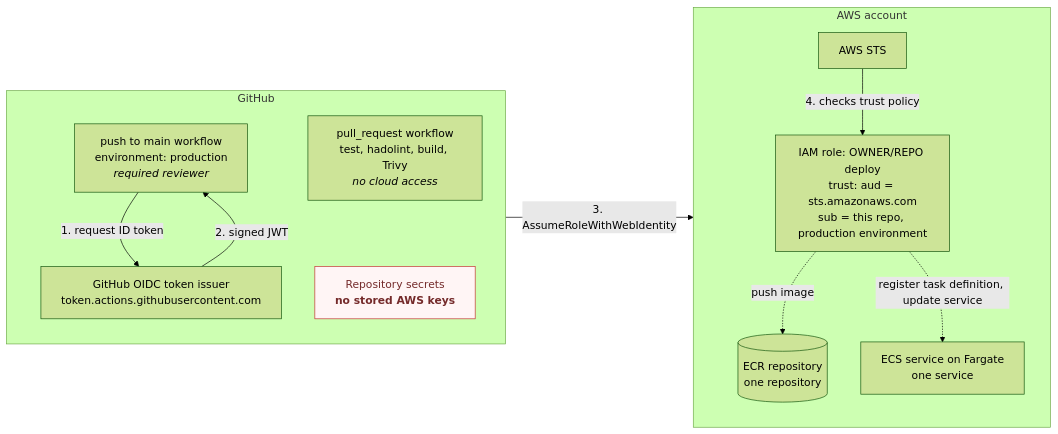
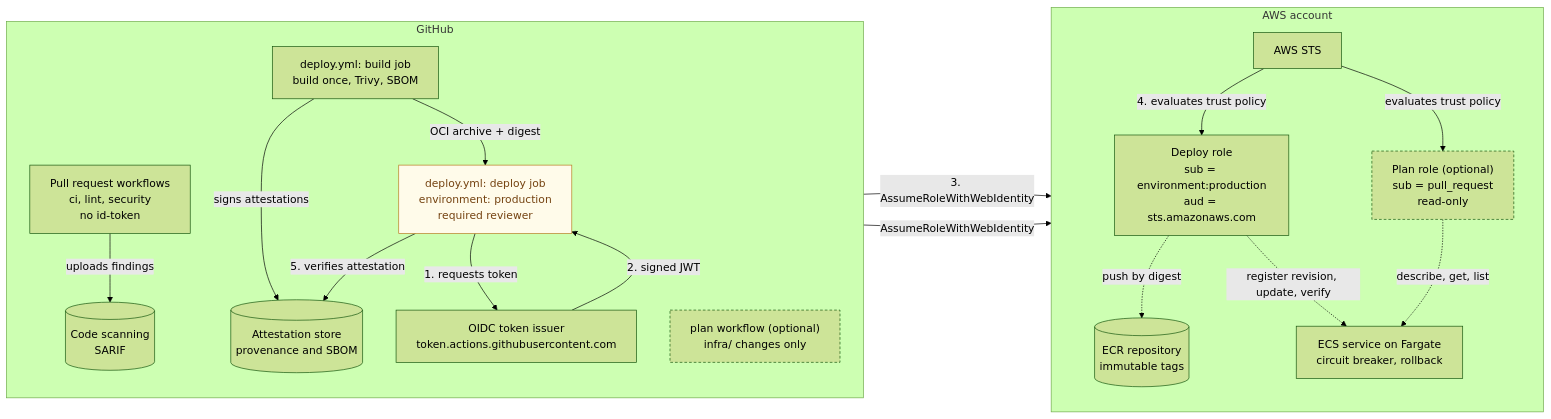
The diagram in README.md (gamaware/github-actions-aws-oidc-lab), drawn with Mermaid (forest theme) before and after one commit. The commit also changed other lines of this file and 39 other files, not shown here.

First line of the commit message:
feat: harden OIDC lab with security gates and deploy by digest

````diff
--- a/README.md
+++ b/README.md
@@ -27,29 +35,41 @@
 ```mermaid
 flowchart LR
     subgraph GH["GitHub"]
         direction TB
-        PR["pull_request workflow<br/>test, hadolint, build, Trivy<br/><i>no cloud access</i>"]
-        MAIN["push to main workflow<br/>environment: production<br/><i>required reviewer</i>"]
-        SECRETS["Repository secrets<br/><b>no stored AWS keys</b>"]
-        ISSUER["GitHub OIDC token issuer<br/>token.actions.githubusercontent.com"]
+        PRW["Pull request workflows<br/>ci, lint, security<br/>no id-token"]
+        PLAN["plan workflow (optional)<br/>infra/ changes only"]
+        BUILD["deploy.yml: build job<br/>build once, Trivy, SBOM"]
+        DEPLOY["deploy.yml: deploy job<br/>environment: production<br/>required reviewer"]
+        ISSUER["OIDC token issuer<br/>token.actions.githubusercontent.com"]
+        ATTEST[("Attestation store<br/>provenance and SBOM")]
+        SCAN[("Code scanning<br/>SARIF")]
     end
 
     subgraph AWS["AWS account"]
         direction TB
         STS["AWS STS"]
-        ROLE["IAM role: OWNER/REPO deploy<br/>trust: aud = sts.amazonaws.com<br/>sub = this repo, production environment"]
-        ECR[("ECR repository<br/>one repository")]
-        ECS["ECS service on Fargate<br/>one service"]
+        ROLE["Deploy role<br/>sub = environment:production<br/>aud = sts.amazonaws.com"]
+        PROLE["Plan role (optional)<br/>sub = pull_request<br/>read-only"]
+        ECR[("ECR repository<br/>immutable tags")]
+        ECS["ECS service on Fargate<br/>circuit breaker, rollback"]
     end
 
-    MAIN -- "1. request ID token" --> ISSUER
-    ISSUER -- "2. signed JWT" --> MAIN
-    MAIN -- "3. AssumeRoleWithWebIdentity" --> STS
-    STS -- "4. checks trust policy" --> ROLE
-    ROLE -. "push image" .-> ECR
-    ROLE -. "register task definition, update service" .-> ECS
-    PR ~~~ SECRETS
+    PRW -- "uploads findings" --> SCAN
+    BUILD -- "signs attestations" --> ATTEST
+    BUILD -- "OCI archive + digest" --> DEPLOY
+    DEPLOY -- "1. requests token" --> ISSUER
+    ISSUER -- "2. signed JWT" --> DEPLOY
+    DEPLOY -- "3. AssumeRoleWithWebIdentity" --> STS
+    STS -- "4. evaluates trust policy" --> ROLE
+    DEPLOY -- "5. verifies attestation" --> ATTEST
+    ROLE -. "push by digest" .-> ECR
+    ROLE -. "register revision, update, verify" .-> ECS
+    PLAN -- "AssumeRoleWithWebIdentity" --> STS
+    STS -- "evaluates trust policy" --> PROLE
+    PROLE -. "describe, get, list" .-> ECS
 
-    classDef nokeys fill:#fff5f5,stroke:#c53030,color:#742a2a;
-    class SECRETS nokeys;
+    classDef gate fill:#fffbea,stroke:#b7791f,color:#744210;
+    classDef optional stroke-dasharray: 4 3;
+    class DEPLOY gate;
+    class PLAN,PROLE optional;
 ```
````
